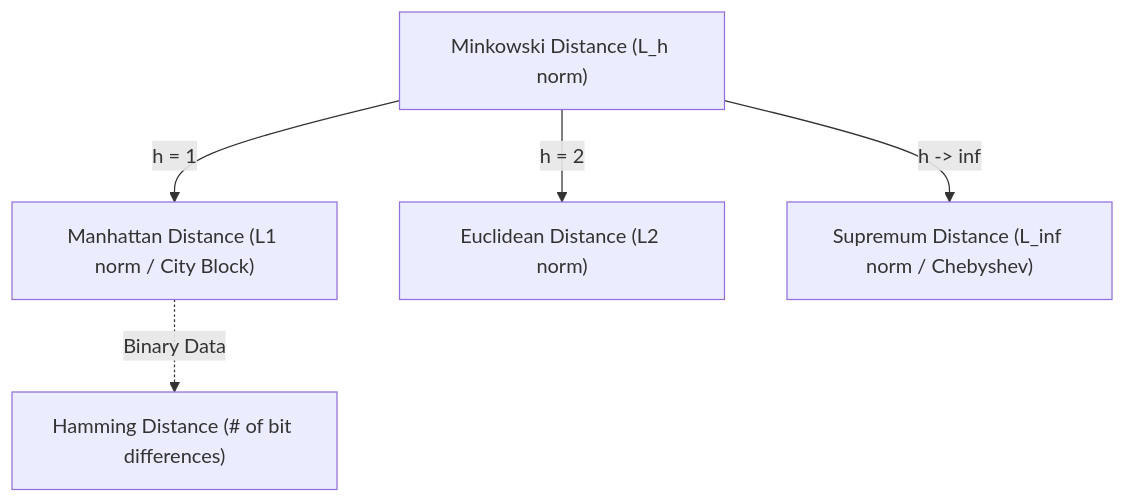
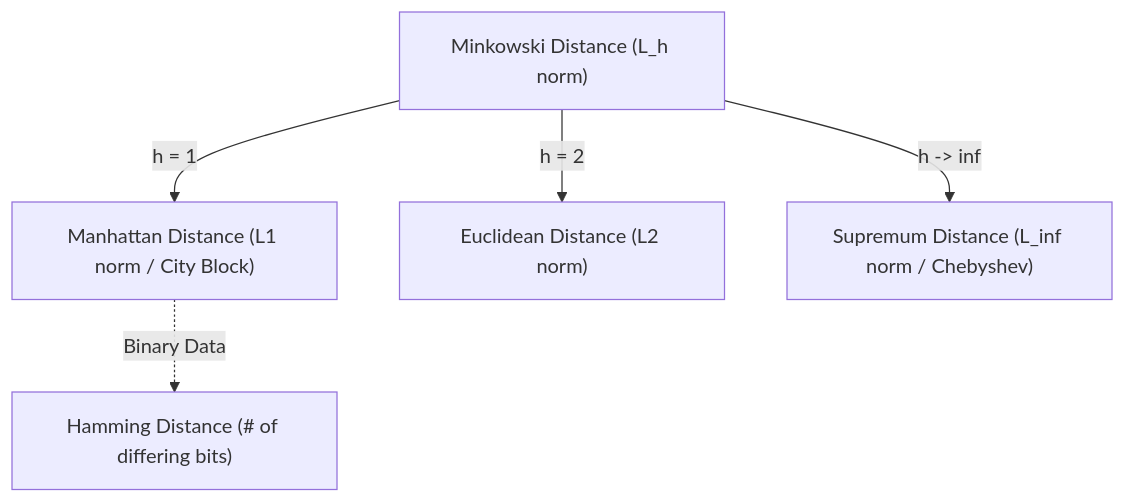
Before and after one commit to DeepLumiere/DeepSkills: the third of 5 diagrams in notes/data_analysis/Chapter6_Similarity_and_Dissimilarity.md, drawn with Mermaid. The commit also changed other lines of this file and 8 other files, not shown here.

````diff
--- a/notes/data_analysis/Chapter6_Similarity_and_Dissimilarity.md
+++ b/notes/data_analysis/Chapter6_Similarity_and_Dissimilarity.md
@@ -552,8 +495,8 @@
 ```mermaid
 flowchart TD
     Minkowski["Minkowski Distance (L_h norm)"]
     Minkowski -->|"h = 1"| L1["Manhattan Distance (L1 norm / City Block)"]
     Minkowski -->|"h = 2"| L2["Euclidean Distance (L2 norm)"]
     Minkowski -->|"h -> inf"| Linf["Supremum Distance (L_inf norm / Chebyshev)"]
-    L1 -.->|"Binary Data"| Hamming["Hamming Distance (# of bit differences)"]
+    L1 -.->|"Binary Data"| Hamming["Hamming Distance (# of differing bits)"]
 ```
````
